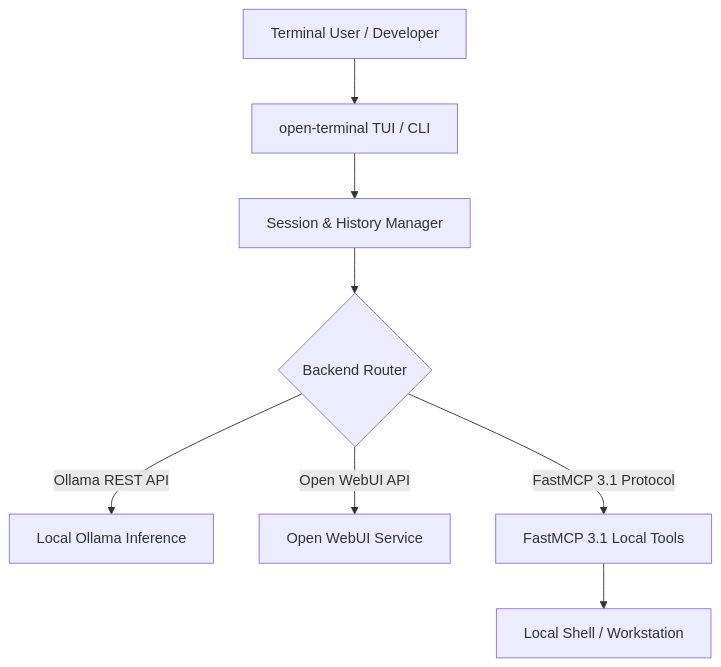
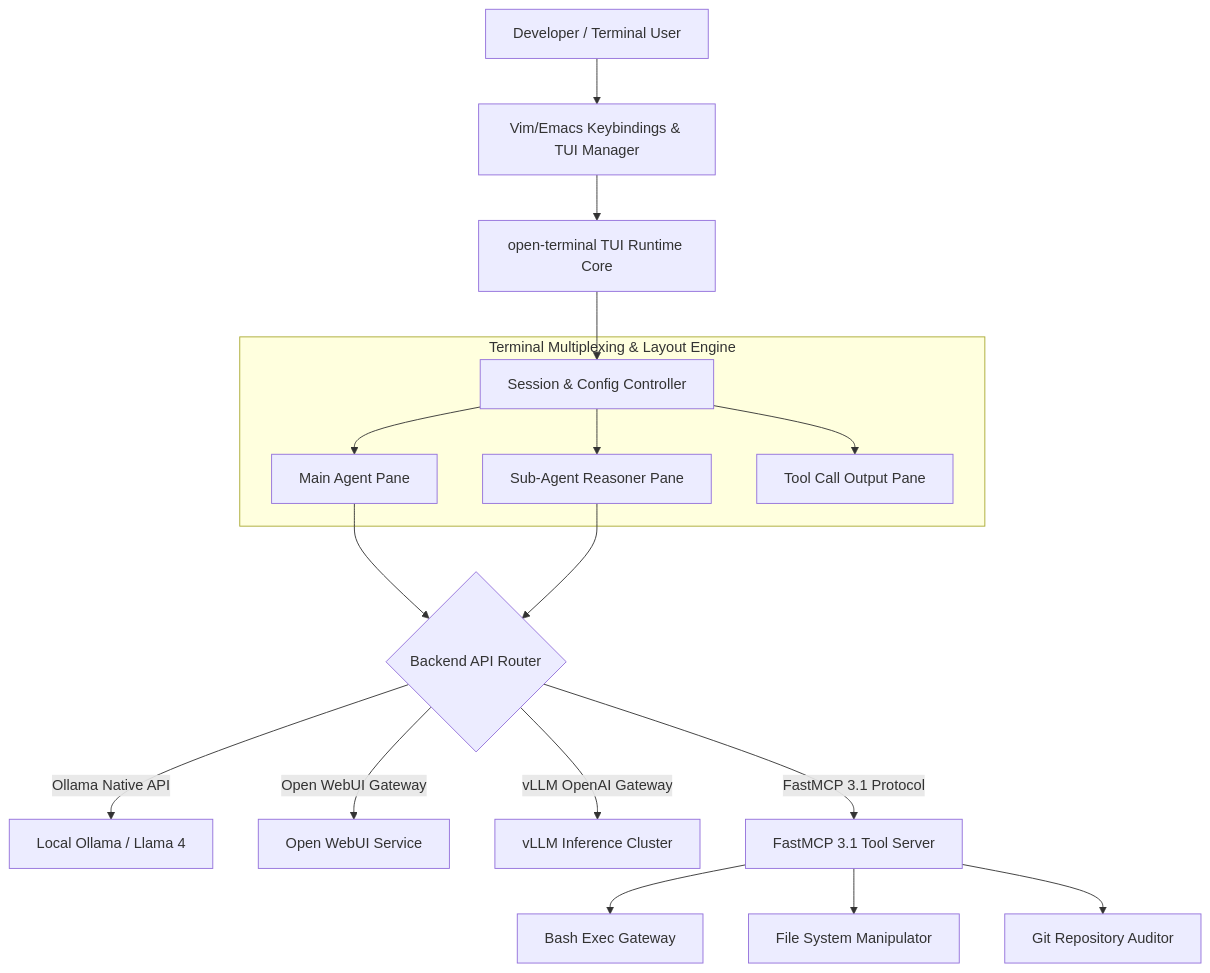
One commit to joanmarcriera/Home-office-automations changed the diagram in docs/tools/development_ops/open-terminal.md. Above: the diagram before and after it, drawn with Mermaid. The commit also changed other lines of this file and 6 other files, not shown here.

````diff
--- a/docs/tools/development_ops/open-terminal.md
+++ b/docs/tools/development_ops/open-terminal.md
@@ -12,10 +20,24 @@
 ```mermaid
 graph TD
-    User[Terminal User / Developer] --> TUI[open-terminal TUI / CLI]
-    TUI --> Session[Session & History Manager]
-    Session --> Router{Backend Router}
-    Router -->|Ollama REST API| Ollama[Local Ollama Inference]
-    Router -->|Open WebUI API| OpenWebUI[Open WebUI Service]
-    Router -->|FastMCP 3.1 Protocol| MCP[FastMCP 3.1 Local Tools]
-    MCP --> Shell[Local Shell / Workstation]
+    User[Developer / Terminal User] --> Key[Vim/Emacs Keybindings & TUI Manager]
+    Key --> TUI[open-terminal TUI Runtime Core]
+    TUI --> Config[Session & Config Controller]
+
+    subgraph Multiplexer [Terminal Multiplexing & Layout Engine]
+        Config --> Pane1[Main Agent Pane]
+        Config --> Pane2[Sub-Agent Reasoner Pane]
+        Config --> Pane3[Tool Call Output Pane]
+    end
+
+    Pane1 --> Router{Backend API Router}
+    Pane2 --> Router
+
+    Router -->|Ollama Native API| Ollama[Local Ollama / Llama 4]
+    Router -->|Open WebUI Gateway| OWUI[Open WebUI Service]
+    Router -->|vLLM OpenAI Gateway| VLLM[vLLM Inference Cluster]
+    Router -->|FastMCP 3.1 Protocol| FastMCP[FastMCP 3.1 Tool Server]
+
+    FastMCP --> Tool1[Bash Exec Gateway]
+    FastMCP --> Tool2[File System Manipulator]
+    FastMCP --> Tool3[Git Repository Auditor]
 ```
````
